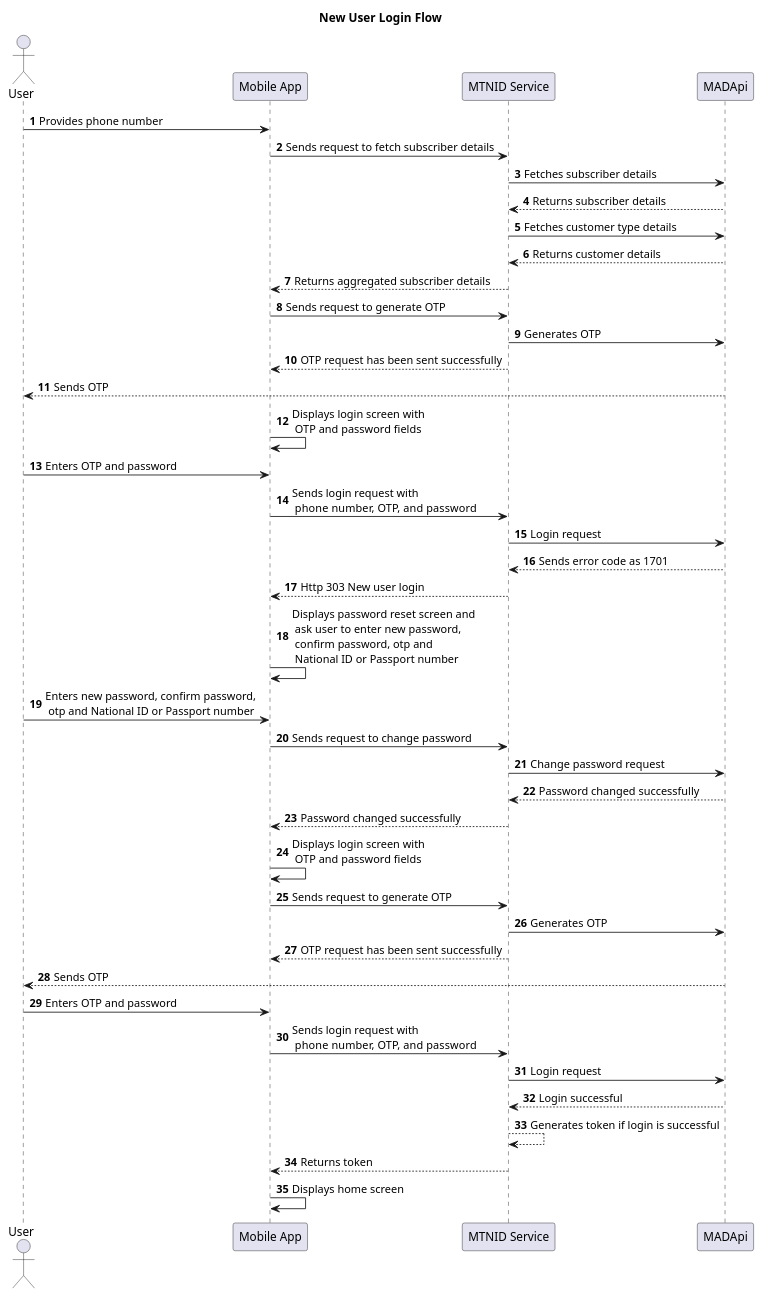
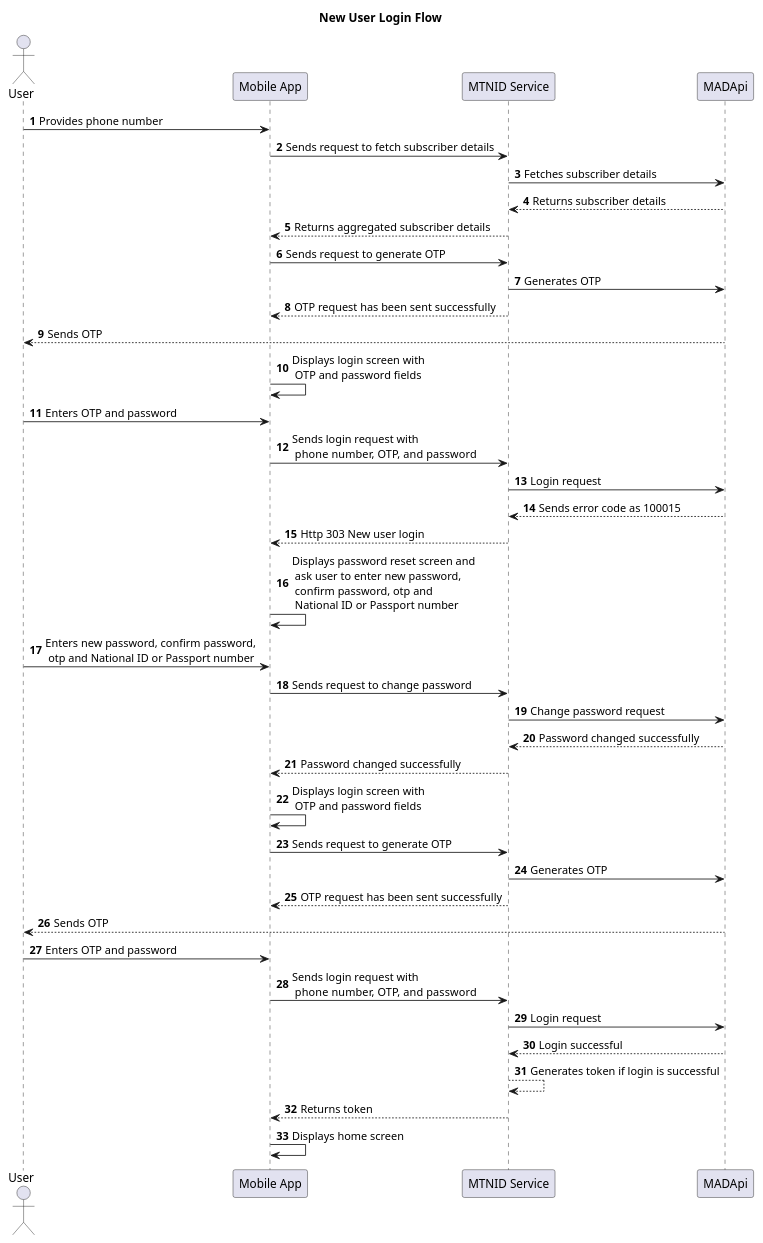
The diagram in Docs/new_user_login.puml (satyamvatstyagi/UserManagementService), drawn with PlantUML before and after one commit.

Commit message:
Update uml

```diff
--- a/Docs/new_user_login.puml
+++ b/Docs/new_user_login.puml
@@ -1,57 +1,55 @@
 @startuml NewUserLoginFlow
 title New User Login Flow
 
 autonumber
 
 actor User
 participant "Mobile App" as App
 participant "MTNID Service" as Backend
 participant "MADApi" as MADApi
 
 User -> App: Provides phone number
 'Fetch subscriber details
 App -> Backend: Sends request to fetch subscriber details
 Backend -> MADApi: Fetches subscriber details
 MADApi --> Backend: Returns subscriber details
-Backend -> MADApi: Fetches customer type details
-MADApi --> Backend: Returns customer details
 Backend --> App: Returns aggregated subscriber details
 
 'Send OTP generation request
 App -> Backend: Sends request to generate OTP
 Backend -> MADApi: Generates OTP
 Backend --> App: OTP request has been sent successfully
 MADApi --> User: Sends OTP
 App -> App: Displays login screen with \n OTP and password fields
 
 'Send Login request
 User -> App: Enters OTP and password
 App -> Backend: Sends login request with \n phone number, OTP, and password
 Backend -> MADApi: Login request
-MADApi --> Backend: Sends error code as 1701
+MADApi --> Backend: Sends error code as 100015
 Backend --> App: Http 303 New user login
 
-'Got 1701 error code, ask user to reset password
+'Got 100015 error code, ask user to reset password
 App -> App: Displays password reset screen and \n ask user to enter new password,\n confirm password, otp and  \n National ID or Passport number
 User -> App: Enters new password, confirm password,\n otp and National ID or Passport number
 App -> Backend: Sends request to change password
 Backend -> MADApi: Change password request
 MADApi --> Backend: Password changed successfully
 Backend --> App: Password changed successfully
 
 'Login with new password
 App -> App: Displays login screen with \n OTP and password fields
 'Send OTP generation request
 App -> Backend: Sends request to generate OTP
 Backend -> MADApi: Generates OTP
 Backend --> App: OTP request has been sent successfully
 MADApi --> User: Sends OTP
 User -> App: Enters OTP and password
 'Login with new password
 App -> Backend: Sends login request with \n phone number, OTP, and password
 Backend -> MADApi: Login request
 MADApi --> Backend: Login successful
 Backend --> Backend: Generates token if login is successful
 Backend --> App: Returns token
 App -> App: Displays home screen
 @enduml
```
